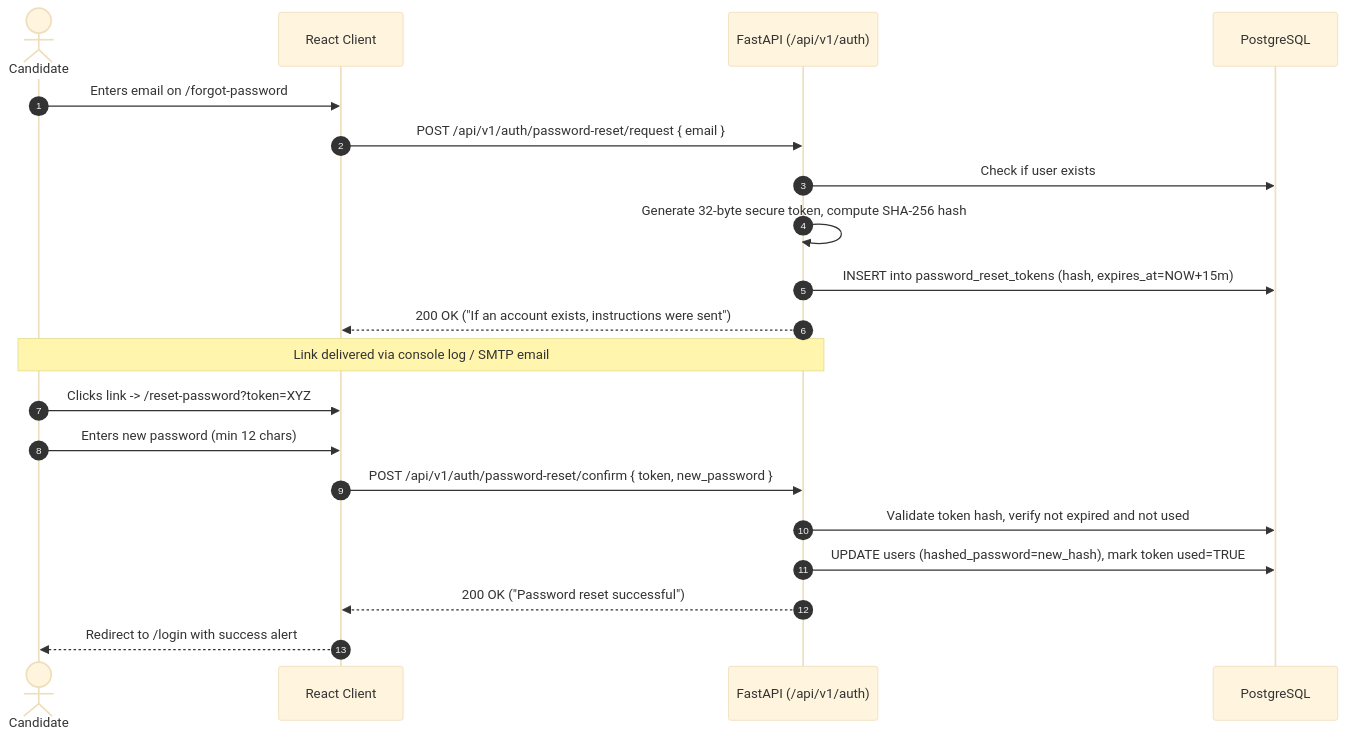
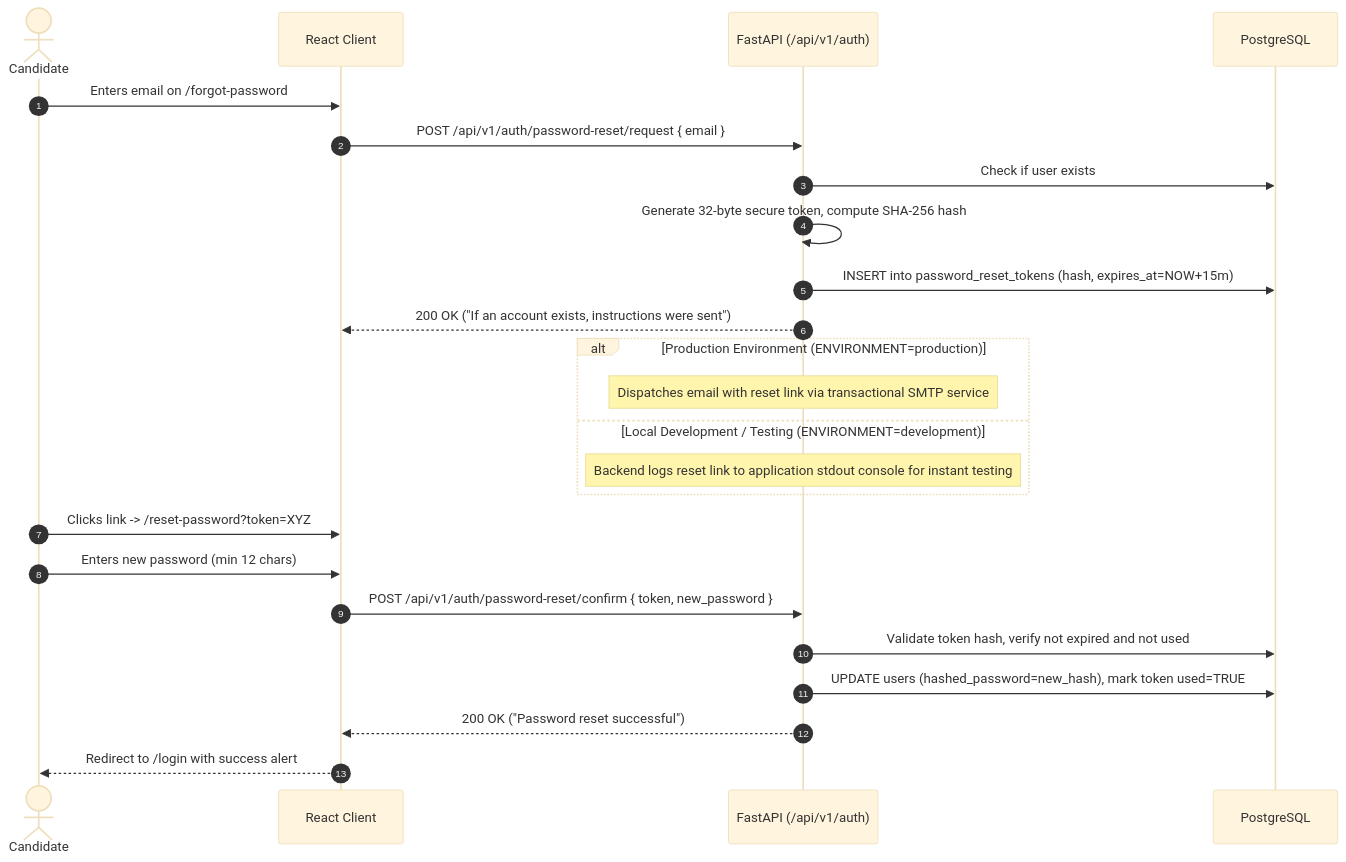
One commit to krishnatiwari4806/AROVIA changed the fifth of 15 diagrams in docs/APP_FLOW.md. Above: the diagram before and after it, drawn with Mermaid (base theme). The commit also changed other lines of this file and 2 other files, not shown here.

Commit message:
docs: complete app flow, ui ux brief and backend schema documentation

````diff
--- a/docs/APP_FLOW.md
+++ b/docs/APP_FLOW.md
@@ -235,23 +276,29 @@
 ```mermaid
 sequenceDiagram
     autonumber
     actor Candidate
     participant Frontend as React Client
     participant API as FastAPI (/api/v1/auth)
     participant DB as PostgreSQL
 
     Candidate->>Frontend: Enters email on /forgot-password
     Frontend->>API: POST /api/v1/auth/password-reset/request { email }
     API->>DB: Check if user exists
     API->>API: Generate 32-byte secure token, compute SHA-256 hash
     API->>DB: INSERT into password_reset_tokens (hash, expires_at=NOW+15m)
     API-->>Frontend: 200 OK ("If an account exists, instructions were sent")
-    Note over Candidate,API: Link delivered via console log / SMTP email
+    
+    alt Production Environment (ENVIRONMENT=production)
+        Note over API: Dispatches email with reset link via transactional SMTP service
+    else Local Development / Testing (ENVIRONMENT=development)
+        Note over API: Backend logs reset link to application stdout console for instant testing
+    end
+
     Candidate->>Frontend: Clicks link -> /reset-password?token=XYZ
     Candidate->>Frontend: Enters new password (min 12 chars)
     Frontend->>API: POST /api/v1/auth/password-reset/confirm { token, new_password }
     API->>DB: Validate token hash, verify not expired and not used
     API->>DB: UPDATE users (hashed_password=new_hash), mark token used=TRUE
     API-->>Frontend: 200 OK ("Password reset successful")
     Frontend-->>Candidate: Redirect to /login with success alert
 ```
````
